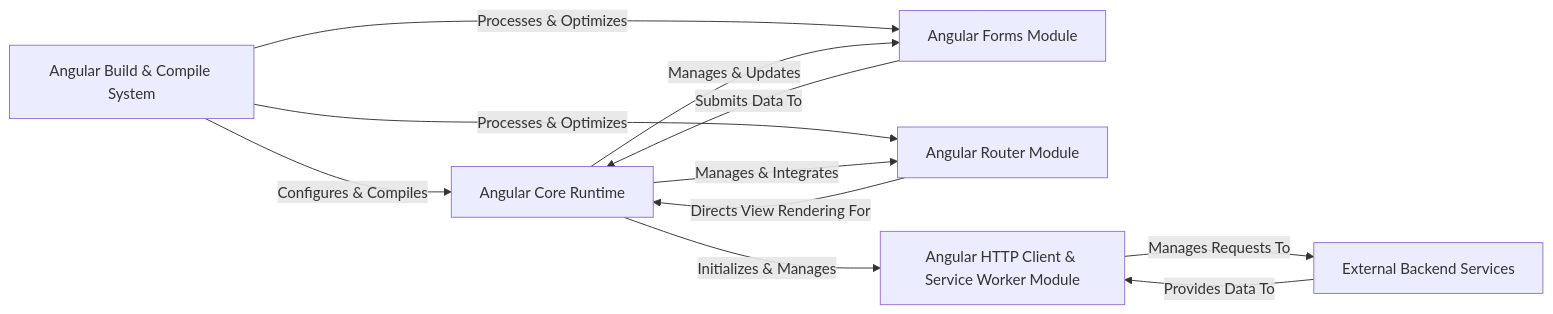
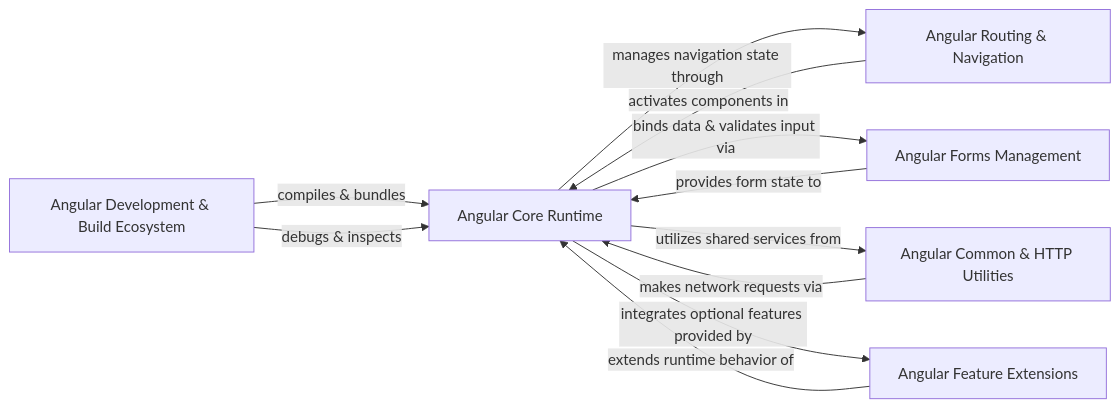
The diagram in angular/on_boarding.md (CodeBoarding/GeneratedOnBoardings), drawn with Mermaid before and after one commit. The commit also changed other lines of this file and 29 other files, not shown here.

````diff
--- a/angular/on_boarding.md
+++ b/angular/on_boarding.md
@@ -1,25 +1,24 @@
 ```mermaid
 graph LR
-    Angular_Build_Compile_System["Angular Build & Compile System"]
     Angular_Core_Runtime["Angular Core Runtime"]
-    Angular_Forms_Module["Angular Forms Module"]
-    Angular_Router_Module["Angular Router Module"]
-    Angular_HTTP_Client_Service_Worker_Module["Angular HTTP Client & Service Worker Module"]
-    External_Backend_Services["External Backend Services"]
-    Angular_Build_Compile_System -- "Configures & Compiles" --> Angular_Core_Runtime
-    Angular_Build_Compile_System -- "Processes & Optimizes" --> Angular_Forms_Module
-    Angular_Build_Compile_System -- "Processes & Optimizes" --> Angular_Router_Module
-    Angular_Core_Runtime -- "Manages & Updates" --> Angular_Forms_Module
-    Angular_Forms_Module -- "Submits Data To" --> Angular_Core_Runtime
-    Angular_Core_Runtime -- "Manages & Integrates" --> Angular_Router_Module
-    Angular_Router_Module -- "Directs View Rendering For" --> Angular_Core_Runtime
-    Angular_Core_Runtime -- "Initializes & Manages" --> Angular_HTTP_Client_Service_Worker_Module
-    Angular_HTTP_Client_Service_Worker_Module -- "Manages Requests To" --> External_Backend_Services
-    External_Backend_Services -- "Provides Data To" --> Angular_HTTP_Client_Service_Worker_Module
-    click Angular_Build_Compile_System href "https://github.com/CodeBoarding/GeneratedOnBoardings/blob/main/angular/Angular_Build_Compile_System.md" "Details"
+    Angular_Routing_Navigation["Angular Routing & Navigation"]
+    Angular_Forms_Management["Angular Forms Management"]
+    Angular_Common_HTTP_Utilities["Angular Common & HTTP Utilities"]
+    Angular_Feature_Extensions["Angular Feature Extensions"]
+    Angular_Development_Build_Ecosystem["Angular Development & Build Ecosystem"]
+    Angular_Development_Build_Ecosystem -- "compiles & bundles" --> Angular_Core_Runtime
+    Angular_Development_Build_Ecosystem -- "debugs & inspects" --> Angular_Core_Runtime
+    Angular_Core_Runtime -- "manages navigation state through" --> Angular_Routing_Navigation
+    Angular_Routing_Navigation -- "activates components in" --> Angular_Core_Runtime
+    Angular_Core_Runtime -- "binds data & validates input via" --> Angular_Forms_Management
+    Angular_Forms_Management -- "provides form state to" --> Angular_Core_Runtime
+    Angular_Core_Runtime -- "utilizes shared services from" --> Angular_Common_HTTP_Utilities
+    Angular_Common_HTTP_Utilities -- "makes network requests via" --> Angular_Core_Runtime
+    Angular_Core_Runtime -- "integrates optional features provided by" --> Angular_Feature_Extensions
+    Angular_Feature_Extensions -- "extends runtime behavior of" --> Angular_Core_Runtime
     click Angular_Core_Runtime href "https://github.com/CodeBoarding/GeneratedOnBoardings/blob/main/angular/Angular_Core_Runtime.md" "Details"
-    click Angular_Forms_Module href "https://github.com/CodeBoarding/GeneratedOnBoardings/blob/main/angular/Angular_Forms_Module.md" "Details"
-    click Angular_Router_Module href "https://github.com/CodeBoarding/GeneratedOnBoardings/blob/main/angular/Angular_Router_Module.md" "Details"
-    click Angular_HTTP_Client_Service_Worker_Module href "https://github.com/CodeBoarding/GeneratedOnBoardings/blob/main/angular/Angular_HTTP_Client_Service_Worker_Module.md" "Details"
-    click External_Backend_Services href "https://github.com/CodeBoarding/GeneratedOnBoardings/blob/main/angular/External_Backend_Services.md" "Details"
+    click Angular_Routing_Navigation href "https://github.com/CodeBoarding/GeneratedOnBoardings/blob/main/angular/Angular_Routing_Navigation.md" "Details"
+    click Angular_Forms_Management href "https://github.com/CodeBoarding/GeneratedOnBoardings/blob/main/angular/Angular_Forms_Management.md" "Details"
+    click Angular_Common_HTTP_Utilities href "https://github.com/CodeBoarding/GeneratedOnBoardings/blob/main/angular/Angular_Common_HTTP_Utilities.md" "Details"
+    click Angular_Development_Build_Ecosystem href "https://github.com/CodeBoarding/GeneratedOnBoardings/blob/main/angular/Angular_Development_Build_Ecosystem.md" "Details"
 ```
````
